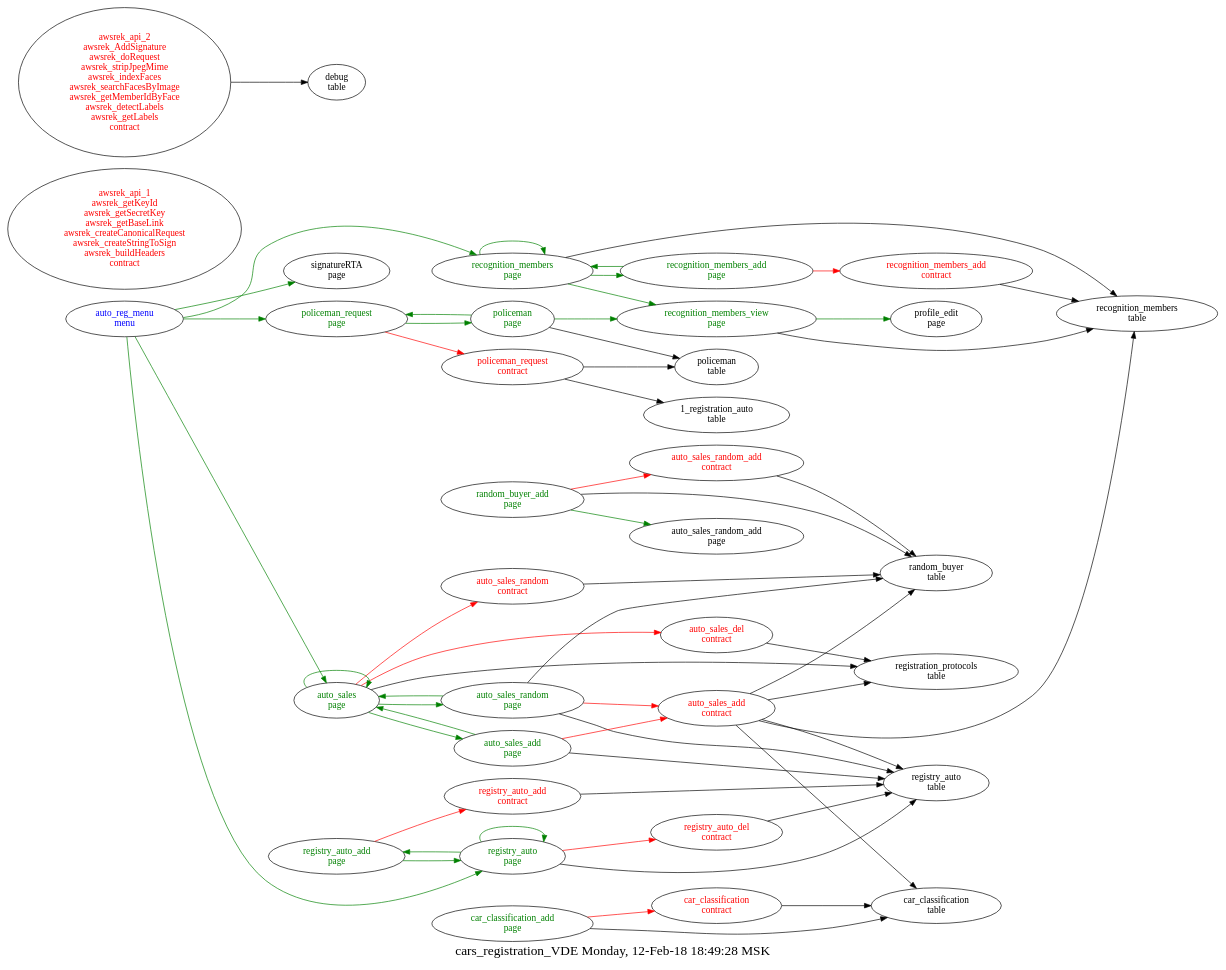
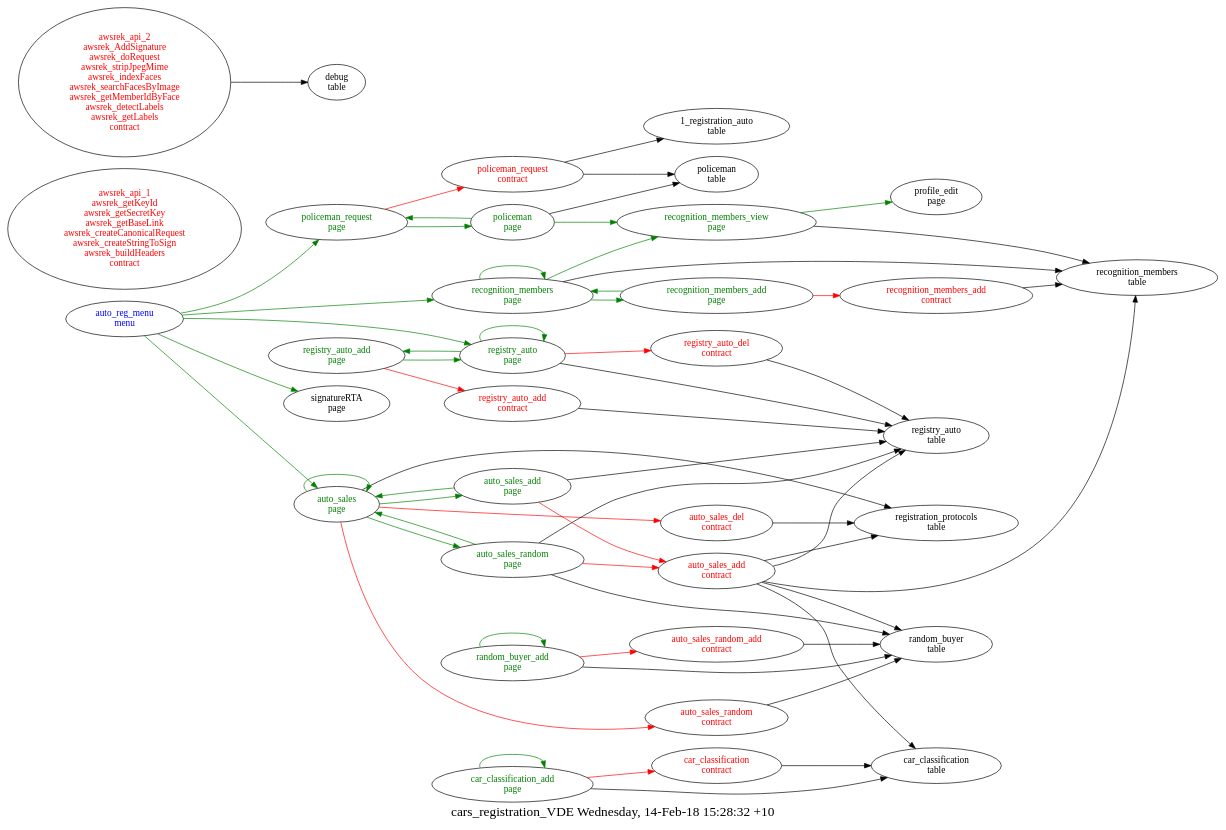
Before and after one commit to AplaProject/apps: the diagram in src/cars_registration_VDE/struct.dot, drawn with Graphviz. The commit also changed 20 other files, not shown here.

```diff
--- a/src/cars_registration_VDE/struct.dot
+++ b/src/cars_registration_VDE/struct.dot
@@ -1,92 +1,87 @@
 digraph G {
 fontsize="20.0";
-label="cars_registration_VDE Monday, 12-Feb-18 18:49:28 MSK";
+label="cars_registration_VDE Wednesday, 14-Feb-18 15:28:32 +10";
 rankdir=LR;
-"car_classification\ncontract" -> "car_classification\ntable"
-"car_classification\ncontract" [fontcolor=red, group=contracts];
+"auto_sales_add\ncontract" -> "random_buyer\ntable"
+"auto_sales_add\ncontract" -> "car_classification\ntable"
+"auto_sales_add\ncontract" -> "recognition_members\ntable"
+"auto_sales_add\ncontract" -> "registry_auto\ntable"
+"auto_sales_add\ncontract" -> "registration_protocols\ntable"
+"auto_sales_add\ncontract" [fontcolor=red, group=contracts];
 "auto_sales_del\ncontract" -> "registration_protocols\ntable"
 "auto_sales_del\ncontract" [fontcolor=red, group=contracts];
 "auto_sales_random\ncontract" -> "random_buyer\ntable"
 "auto_sales_random\ncontract" [fontcolor=red, group=contracts];
 "auto_sales_random_add\ncontract" -> "random_buyer\ntable"
 "auto_sales_random_add\ncontract" [fontcolor=red, group=contracts];
 "awsrek_api_1\nawsrek_getKeyId\nawsrek_getSecretKey\nawsrek_getBaseLink\nawsrek_createCanonicalRequest\nawsrek_createStringToSign\nawsrek_buildHeaders\ncontract" [fontcolor=red, group=contracts];
 "awsrek_api_2\nawsrek_AddSignature\nawsrek_doRequest\nawsrek_stripJpegMime\nawsrek_indexFaces\nawsrek_searchFacesByImage\nawsrek_getMemberIdByFace\nawsrek_detectLabels\nawsrek_getLabels\ncontract" -> "debug\ntable"
 "awsrek_api_2\nawsrek_AddSignature\nawsrek_doRequest\nawsrek_stripJpegMime\nawsrek_indexFaces\nawsrek_searchFacesByImage\nawsrek_getMemberIdByFace\nawsrek_detectLabels\nawsrek_getLabels\ncontract" [fontcolor=red, group=contracts];
-"auto_sales_add\ncontract" -> "random_buyer\ntable"
-"auto_sales_add\ncontract" -> "car_classification\ntable"
-"auto_sales_add\ncontract" -> "recognition_members\ntable"
-"auto_sales_add\ncontract" -> "registry_auto\ntable"
-"auto_sales_add\ncontract" -> "registration_protocols\ntable"
-"auto_sales_add\ncontract" [fontcolor=red, group=contracts];
+"car_classification\ncontract" -> "car_classification\ntable"
+"car_classification\ncontract" [fontcolor=red, group=contracts];
 "policeman_request\ncontract" -> "policeman\ntable"
 "policeman_request\ncontract" -> "1_registration_auto\ntable"
 "policeman_request\ncontract" [fontcolor=red, group=contracts];
 "recognition_members_add\ncontract" -> "recognition_members\ntable"
 "recognition_members_add\ncontract" [fontcolor=red, group=contracts];
 "registry_auto_add\ncontract" -> "registry_auto\ntable"
 "registry_auto_add\ncontract" [fontcolor=red, group=contracts];
 "registry_auto_del\ncontract" -> "registry_auto\ntable"
 "registry_auto_del\ncontract" [fontcolor=red, group=contracts];
 "auto_reg_menu\nmenu" -> "signatureRTA\npage"  [ color=green ]
 "auto_reg_menu\nmenu" -> "recognition_members\npage"  [ color=green ]
 "auto_reg_menu\nmenu" -> "registry_auto\npage"  [ color=green ]
 "auto_reg_menu\nmenu" -> "auto_sales\npage"  [ color=green ]
 "auto_reg_menu\nmenu" -> "policeman_request\npage"  [ color=green ]
 "auto_reg_menu\nmenu" [fontcolor=blue, group=menus];
 "auto_sales\npage" -> "auto_sales_del\ncontract"  [ color=red ]
 "auto_sales\npage" -> "auto_sales_random\ncontract"  [ color=red ]
 "auto_sales\npage" -> "registration_protocols\ntable"
 "auto_sales\npage" -> "auto_sales\npage"  [ color=green ]
 "auto_sales\npage" -> "auto_sales_random\npage"  [ color=green ]
 "auto_sales\npage" -> "auto_sales_add\npage"  [ color=green ]
 "auto_sales\npage" [fontcolor=green, group=pages];
 "auto_sales_add\npage" -> "auto_sales_add\ncontract"  [ color=red ]
 "auto_sales_add\npage" -> "registry_auto\ntable"
 "auto_sales_add\npage" -> "auto_sales\npage"  [ color=green ]
 "auto_sales_add\npage" [fontcolor=green, group=pages];
 "auto_sales_random\npage" -> "auto_sales_add\ncontract"  [ color=red ]
 "auto_sales_random\npage" -> "random_buyer\ntable"
 "auto_sales_random\npage" -> "registry_auto\ntable"
 "auto_sales_random\npage" -> "auto_sales\npage"  [ color=green ]
 "auto_sales_random\npage" [fontcolor=green, group=pages];
 "car_classification_add\npage" -> "car_classification\ncontract"  [ color=red ]
 "car_classification_add\npage" -> "car_classification\ntable"
+"car_classification_add\npage" -> "car_classification_add\npage"  [ color=green ]
 "car_classification_add\npage" [fontcolor=green, group=pages];
 "policeman\npage" -> "policeman\ntable"
 "policeman\npage" -> "recognition_members_view\npage"  [ color=green ]
 "policeman\npage" -> "policeman_request\npage"  [ color=green ]
 "policeman\npage" [fontcolor=green, group=pages];
 "policeman_request\npage" -> "policeman_request\ncontract"  [ color=red ]
 "policeman_request\npage" -> "policeman\npage"  [ color=green ]
 "policeman_request\npage" [fontcolor=green, group=pages];
 "random_buyer_add\npage" -> "auto_sales_random_add\ncontract"  [ color=red ]
 "random_buyer_add\npage" -> "random_buyer\ntable"
-"random_buyer_add\npage" -> "auto_sales_random_add\npage"  [ color=green ]
+"random_buyer_add\npage" -> "random_buyer_add\npage"  [ color=green ]
 "random_buyer_add\npage" [fontcolor=green, group=pages];
 "recognition_members\npage" -> "recognition_members\ntable"
 "recognition_members\npage" -> "recognition_members_view\npage"  [ color=green ]
 "recognition_members\npage" -> "recognition_members\npage"  [ color=green ]
 "recognition_members\npage" -> "recognition_members_add\npage"  [ color=green ]
 "recognition_members\npage" [fontcolor=green, group=pages];
 "recognition_members_add\npage" -> "recognition_members_add\ncontract"  [ color=red ]
 "recognition_members_add\npage" -> "recognition_members\npage"  [ color=green ]
 "recognition_members_add\npage" [fontcolor=green, group=pages];
 "recognition_members_view\npage" -> "recognition_members\ntable"
 "recognition_members_view\npage" -> "profile_edit\npage"  [ color=green ]
 "recognition_members_view\npage" [fontcolor=green, group=pages];
 "registry_auto\npage" -> "registry_auto_del\ncontract"  [ color=red ]
 "registry_auto\npage" -> "registry_auto\ntable"
 "registry_auto\npage" -> "registry_auto\npage"  [ color=green ]
 "registry_auto\npage" -> "registry_auto_add\npage"  [ color=green ]
 "registry_auto\npage" [fontcolor=green, group=pages];
 "registry_auto_add\npage" -> "registry_auto_add\ncontract"  [ color=red ]
 "registry_auto_add\npage" -> "registry_auto\npage"  [ color=green ]
 "registry_auto_add\npage" [fontcolor=green, group=pages];
-"car_classification\ntable" [group=tables];
-"policeman\ntable" [group=tables];
-"random_buyer\ntable" [group=tables];
-"recognition_members\ntable" [group=tables];
-"registration_protocols\ntable" [group=tables];
-"registry_auto\ntable" [group=tables];
 }
```
